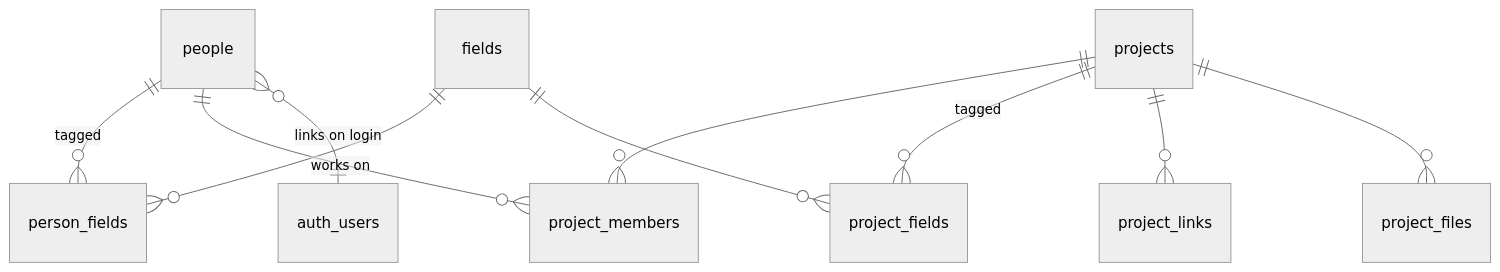
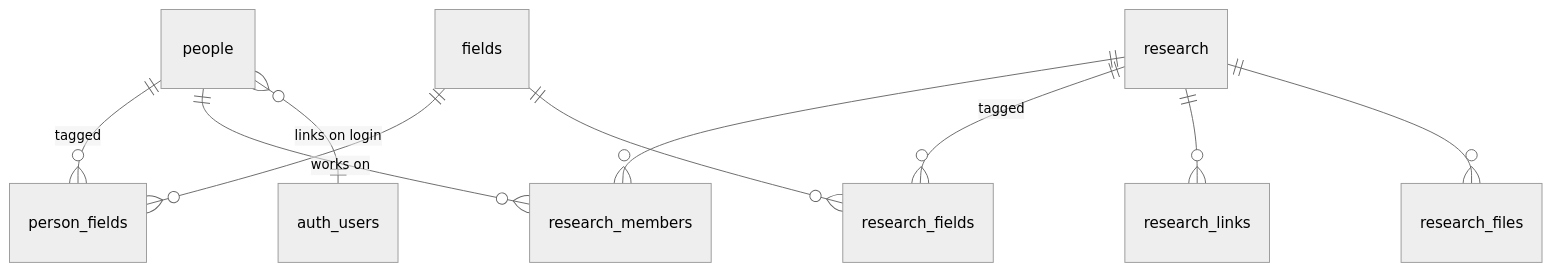
Before and after one commit to HisarCS/HisarCS-mastersite: the diagram in README.md, drawn with Mermaid (neutral theme). The commit also changed other lines of this file and 2 other files, not shown here.

Commit message:
Docs: document projects→research DB rename (ADR-0018), refresh README for Next.js + research, coordinated-migration deploy note

````diff
--- a/README.md
+++ b/README.md
@@ -65,12 +68,12 @@
 ```mermaid
 erDiagram
     people ||--o{ person_fields : tagged
     fields ||--o{ person_fields : ""
-    people ||--o{ project_members : "works on"
-    projects ||--o{ project_members : ""
-    projects ||--o{ project_fields : tagged
-    fields ||--o{ project_fields : ""
-    projects ||--o{ project_links : ""
-    projects ||--o{ project_files : ""
+    people ||--o{ research_members : "works on"
+    research ||--o{ research_members : ""
+    research ||--o{ research_fields : tagged
+    fields ||--o{ research_fields : ""
+    research ||--o{ research_links : ""
+    research ||--o{ research_files : ""
     people }o--|| auth_users : "links on login"
 ```
````
